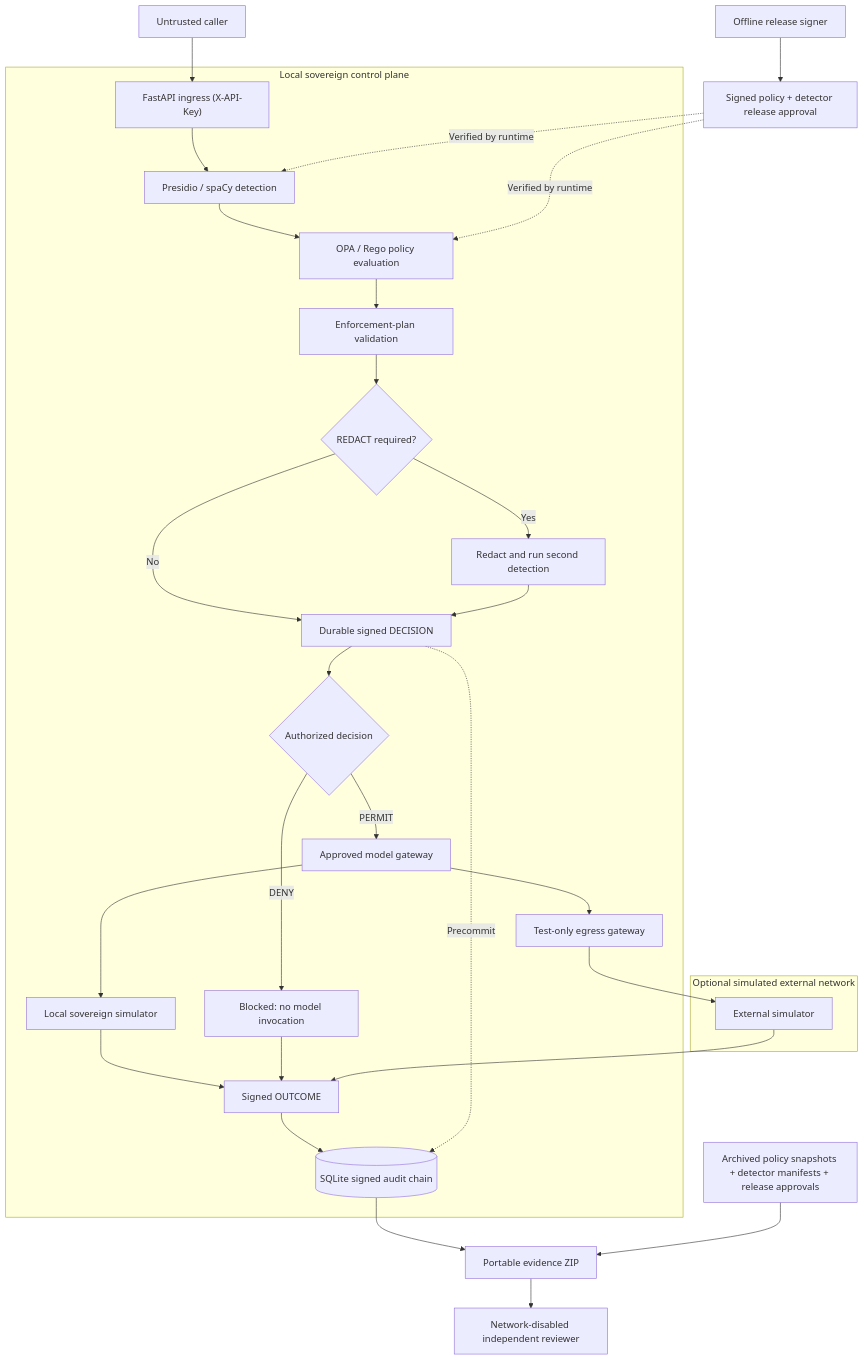
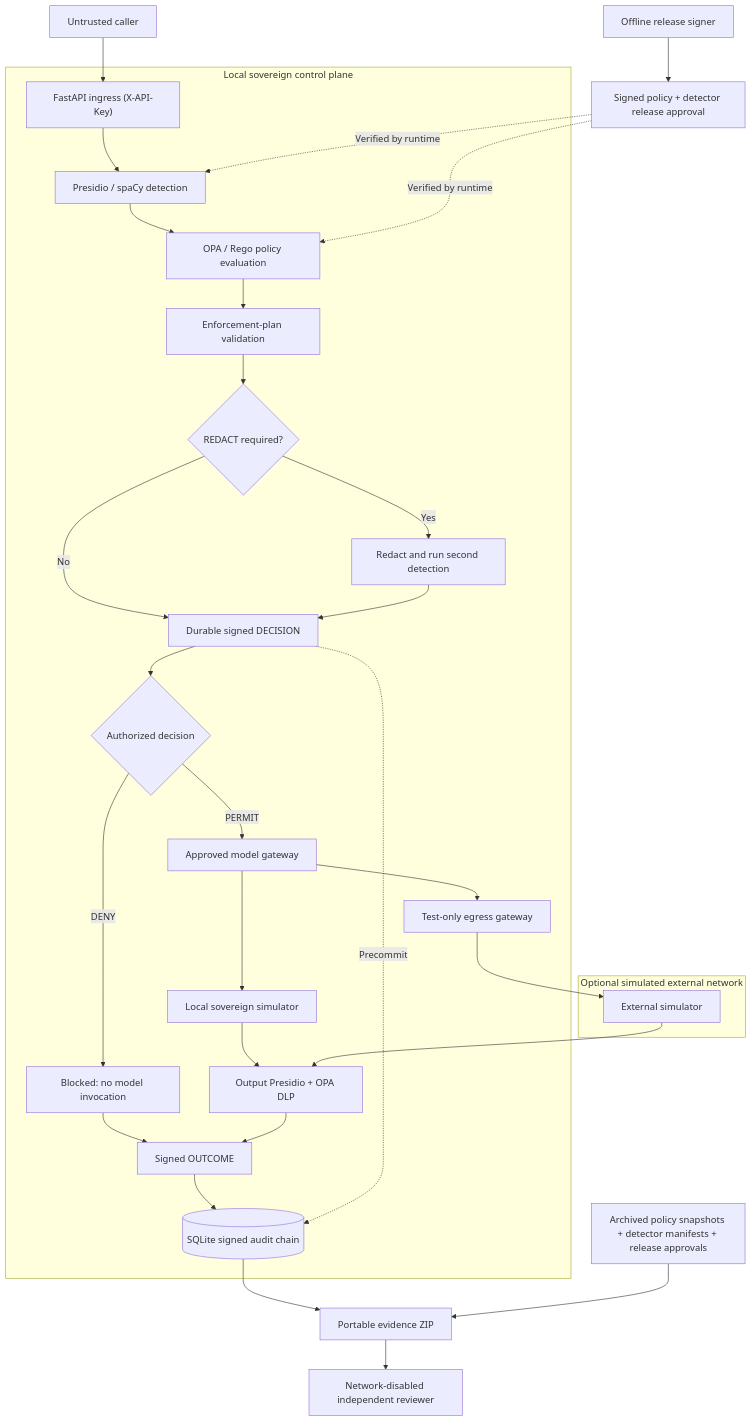
The diagram in README.md (IlyaMich/sovereign-ai-control-plane), drawn with Mermaid before and after one commit. The commit also changed other lines of this file, not shown here.

````diff
--- a/README.md
+++ b/README.md
@@ -27,37 +27,38 @@
 ```mermaid
 flowchart TD
     Caller["Untrusted caller"] --> API["FastAPI ingress (X-API-Key)"]
 
     subgraph Control["Local sovereign control plane"]
         API --> Detector["Presidio / spaCy detection"]
         Detector --> Policy["OPA / Rego policy evaluation"]
         Policy --> Planner["Enforcement-plan validation"]
         Planner --> Redact{"REDACT required?"}
         Redact -- Yes --> Verify["Redact and run second detection"]
         Redact -- No --> Decision["Durable signed DECISION"]
         Verify --> Decision
         Decision --> Effect{"Authorized decision"}
         Effect -- DENY --> Blocked["Blocked: no model invocation"]
         Effect -- PERMIT --> Router["Approved model gateway"]
         Router --> Local["Local sovereign simulator"]
         Router --> Egress["Test-only egress gateway"]
-        Local --> Outcome["Signed OUTCOME"]
-        Blocked --> Outcome
+        Local --> Inspect["Output Presidio + OPA DLP"]
+        Blocked --> Outcome["Signed OUTCOME"]
         Outcome --> Audit[("SQLite signed audit chain")]
         Decision -. "Precommit" .-> Audit
     end
 
     subgraph TestNetwork["Optional simulated external network"]
         External["External simulator"]
     end
     Egress --> External
-    External --> Outcome
+    External --> Inspect
+    Inspect --> Outcome
 
     Signer["Offline release signer"] --> Approval["Signed policy + detector release approval"]
     Approval -. "Verified by runtime" .-> Policy
     Approval -. "Verified by runtime" .-> Detector
 
     Audit --> Bundle["Portable evidence ZIP"]
     Artifacts["Archived policy snapshots + detector manifests + release approvals"] --> Bundle
     Bundle --> Reviewer["Network-disabled independent reviewer"]
 ```
````
